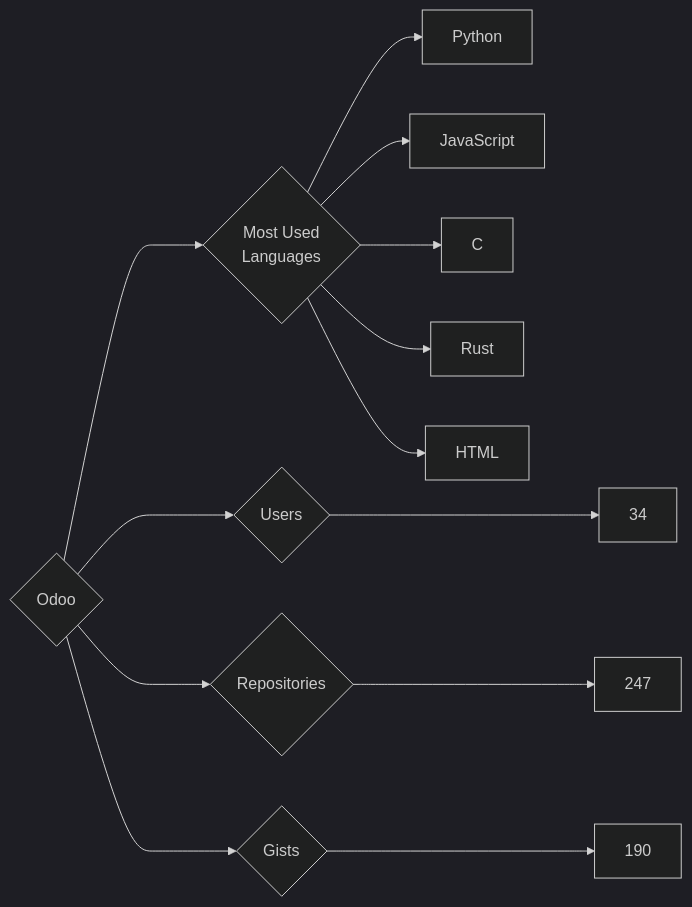
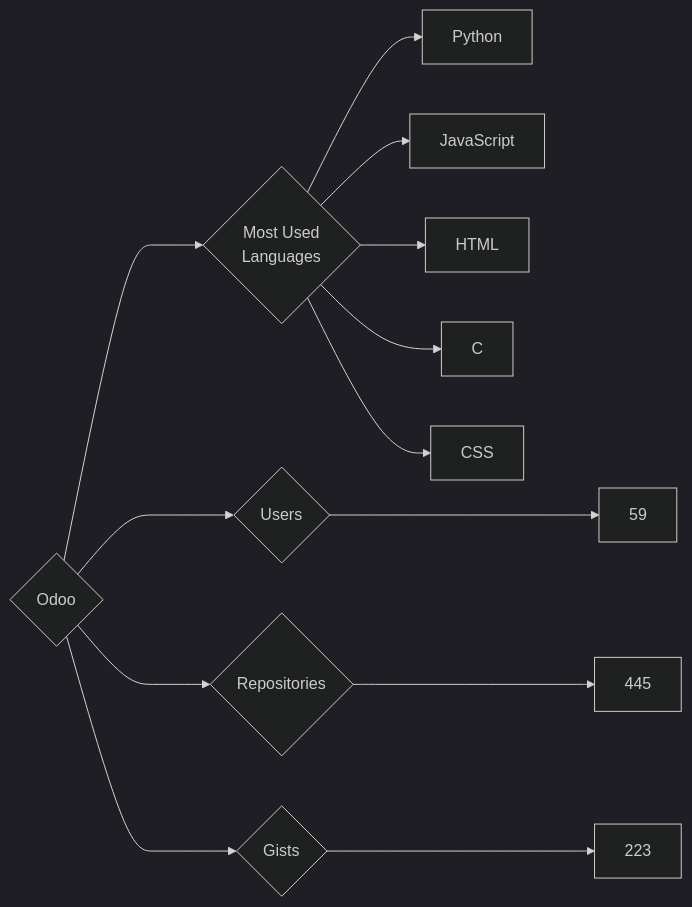
Before and after one commit to trickest/insiders: the diagram in targets/Odoo/README.md, drawn with Mermaid (dark theme). The commit also changed 965 other files, not shown here.

````diff
--- a/targets/Odoo/README.md
+++ b/targets/Odoo/README.md
@@ -3,13 +3,13 @@
 ```mermaid
 graph LR
 COMPANY_NAME{Odoo}
-COMPANY_NAME ---> U{Users} ---> UN[34]
-COMPANY_NAME ---> R{Repositories} ---> RN[247]
-COMPANY_NAME ---> G{Gists} ---> GN[190]
+COMPANY_NAME ---> U{Users} ---> UN[59]
+COMPANY_NAME ---> R{Repositories} ---> RN[445]
+COMPANY_NAME ---> G{Gists} ---> GN[223]
 COMPANY_NAME ---> ML{Most Used<br>Languages}
 ML --> Python[Python]
 ML --> JavaScript[JavaScript]
+ML --> HTML[HTML]
 ML --> C[C]
-ML --> Rust[Rust]
-ML --> HTML[HTML]
+ML --> CSS[CSS]
 ```
````
